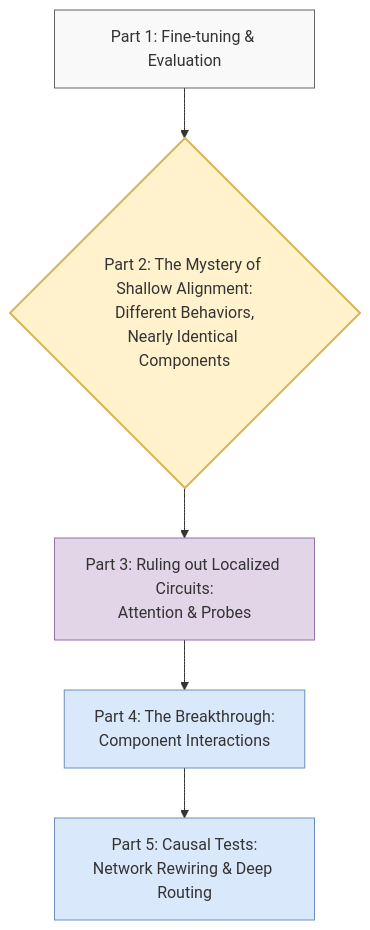
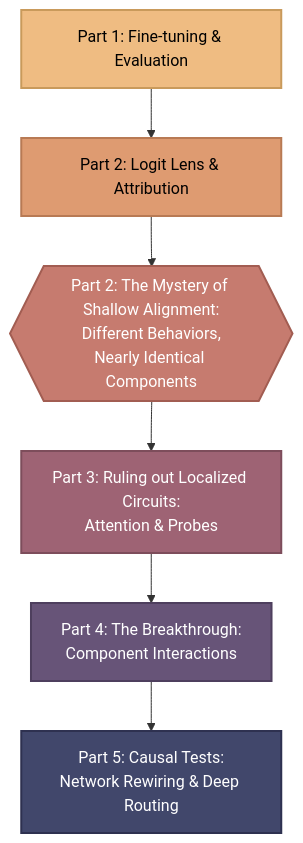
One commit to tylercrosse/LLM_morality changed the first of 5 diagrams in WRITE_UP.md. Above: the diagram before and after it, drawn with Mermaid. The commit also changed other lines of this file, not shown here.

Commit message:
Tweak Mermaid diagrams

````diff
--- a/WRITE_UP.md
+++ b/WRITE_UP.md
@@ -49,18 +49,23 @@
 ```mermaid
 graph TD
-    classDef setup fill:#f9f9f9,stroke:#666,stroke-width:1px;
-    classDef feature fill:#fff2cc,stroke:#d6b656,stroke-width:2px;
-    classDef test fill:#e1d5e7,stroke:#9673a6,stroke-width:1px;
-    classDef causal fill:#dae8fc,stroke:#6c8ebf,stroke-width:1px;
+    classDef setup fill:#EFBC82,stroke:#c99a5b,stroke-width:2px,color:#000;
+    classDef investigate fill:#DE9B71,stroke:#b87a54,stroke-width:2px,color:#000;
+    classDef mystery fill:#C67B6F,stroke:#a25d52,stroke-width:2px,color:#fff;
+    classDef test fill:#9E6374,stroke:#7d4d5b,stroke-width:2px,color:#fff;
+    classDef breakthrough fill:#675478,stroke:#4e3f5e,stroke-width:2px,color:#fff;
+    classDef causal fill:#41476B,stroke:#2e3150,stroke-width:2px,color:#fff;
 
     %% High-level narrative arc
-    FT[Part 1: Fine-tuning & Evaluation] --> Mystery{Part 2: The Mystery of Shallow Alignment:<br>Different Behaviors,<br>Nearly Identical Components}
+    FT[Part 1: Fine-tuning & Evaluation] --> Investigate[Part 2: Logit Lens & Attribution]
+    Investigate --> Mystery{{Part 2: The Mystery of Shallow Alignment:<br>Different Behaviors,<br>Nearly Identical Components}}
     Mystery --> Tests[Part 3: Ruling out Localized Circuits:<br>Attention & Probes]
     Tests --> Breakthrough[Part 4: The Breakthrough:<br>Component Interactions]
     Breakthrough --> Mech[Part 5: Causal Tests:<br>Network Rewiring & Deep Routing]
 
     class FT setup;
-    class Mystery feature;
+    class Investigate investigate;
+    class Mystery mystery;
     class Tests test;
-    class Breakthrough,Mech causal;
+    class Breakthrough breakthrough;
+    class Mech causal;
 ```
````
